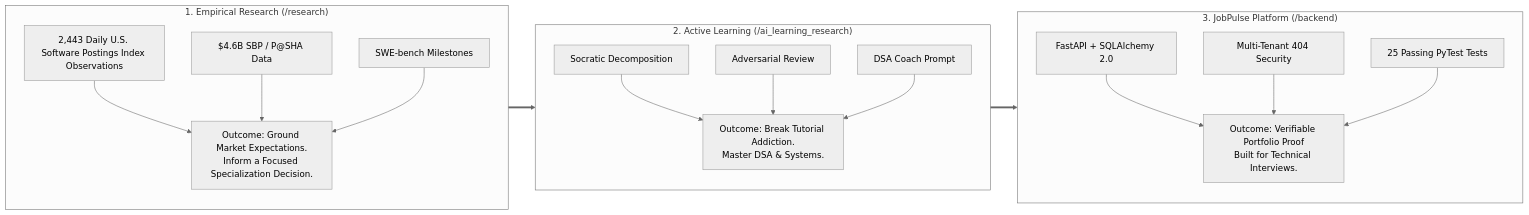
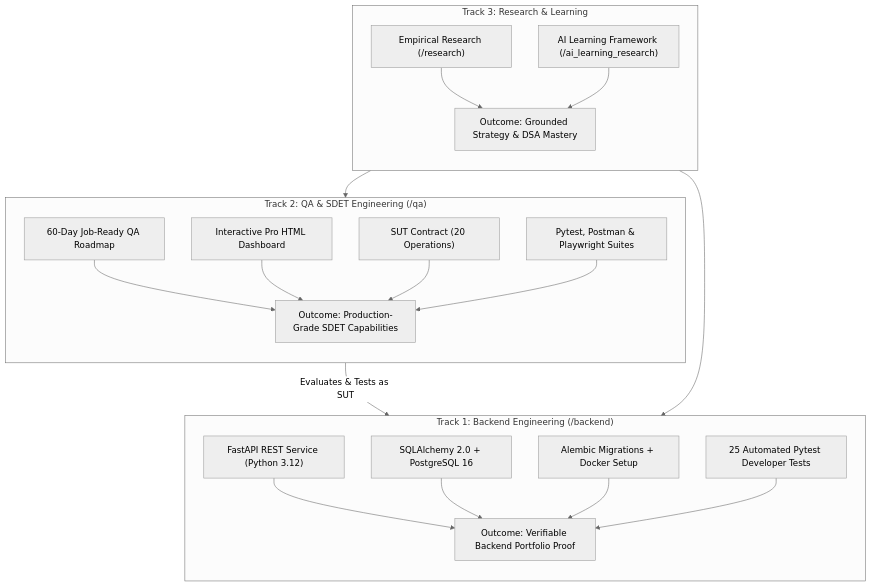
One commit to bilalfarid-1/whattochoose changed the diagram in README.md. Above: the diagram before and after it, drawn with Mermaid (neutral theme). The commit also changed other lines of this file and 25 other files, not shown here.

Commit message:
feat(architecture): organize dual-track roadmaps hub, create dedicated qa suite, and eliminate root duplicates

````diff
--- a/README.md
+++ b/README.md
@@ -33,28 +56,31 @@
 ```mermaid
-flowchart LR
-    subgraph Part1 ["1. Empirical Research (/research)"]
+flowchart TD
+    subgraph Track1 ["Track 1: Backend Engineering (/backend)"]
         direction TB
-        R1["2,443 Daily U.S. Software Postings Index Observations"]
-        R2["$4.6B SBP / P@SHA Data"]
-        R3["SWE-bench Milestones"]
-        R1 & R2 & R3 --> ROut["Outcome: Ground Market Expectations.<br>Inform a Focused Specialization Decision."]
+        B1["FastAPI REST Service (Python 3.12)"]
+        B2["SQLAlchemy 2.0 + PostgreSQL 16"]
+        B3["Alembic Migrations + Docker Setup"]
+        B4["25 Automated Pytest Developer Tests"]
+        B1 & B2 & B3 & B4 --> BOut["Outcome: Verifiable Backend Portfolio Proof"]
     end
 
-    subgraph Part2 ["2. Active Learning (/ai_learning_research)"]
+    subgraph Track2 ["Track 2: QA & SDET Engineering (/qa)"]
         direction TB
-        L1["Socratic Decomposition"]
-        L2["Adversarial Review"]
-        L3["DSA Coach Prompt"]
-        L1 & L2 & L3 --> LOut["Outcome: Break Tutorial Addiction.<br>Master DSA & Systems."]
+        Q1["60-Day Job-Ready QA Roadmap"]
+        Q2["Interactive Pro HTML Dashboard"]
+        Q3["SUT Contract (20 Operations)"]
+        Q4["Pytest, Postman & Playwright Suites"]
+        Q1 & Q2 & Q3 & Q4 --> QOut["Outcome: Production-Grade SDET Capabilities"]
     end
 
-    subgraph Part3 ["3. JobPulse Platform (/backend)"]
+    subgraph Track3 ["Track 3: Research & Learning"]
         direction TB
-        A1["FastAPI + SQLAlchemy 2.0"]
-        A2["Multi-Tenant 404 Security"]
-        A3["25 Passing PyTest Tests"]
-        A1 & A2 & A3 --> AOut["Outcome: Verifiable Portfolio Proof<br>Built for Technical Interviews."]
+        R1["Empirical Research (/research)"]
+        R2["AI Learning Framework (/ai_learning_research)"]
+        R1 & R2 --> ROut["Outcome: Grounded Strategy & DSA Mastery"]
     end
 
-    ROut ==> LOut ==> AOut
+    Track2 -- "Evaluates & Tests as SUT" --> Track1
+    Track3 --> Track1
+    Track3 --> Track2
 ```
````
